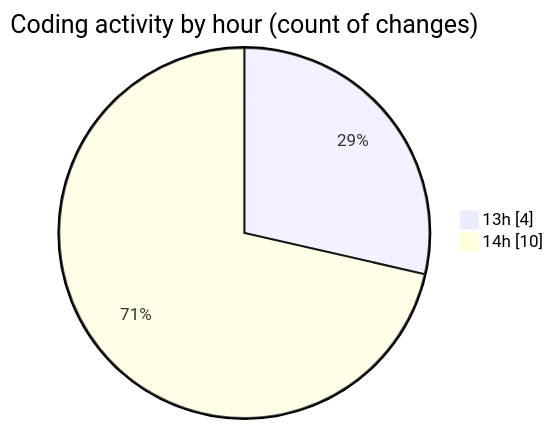
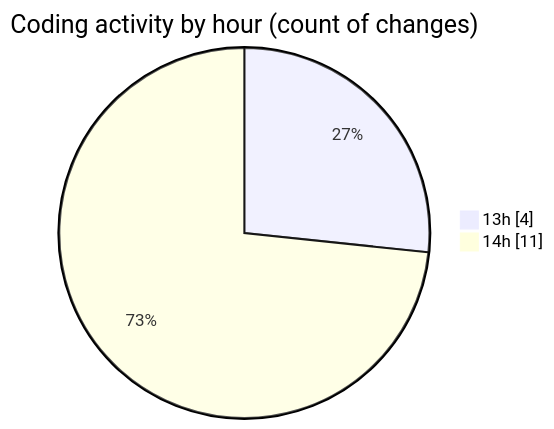
Before and after one commit to nxtqubesakshisongat/code-tracking: the second of 2 diagrams in 2025-09-21/nxtqube_webapp/README.md, drawn with Mermaid. The commit also changed other lines of this file and 1 other file, not shown here.

````diff
--- a/2025-09-21/nxtqube_webapp/README.md
+++ b/2025-09-21/nxtqube_webapp/README.md
@@ -31,6 +31,6 @@
 ```mermaid
 pie showData
 title Coding activity by hour (count of changes)
 "13h" : 4
-"14h" : 10
+"14h" : 11
 ```
````
